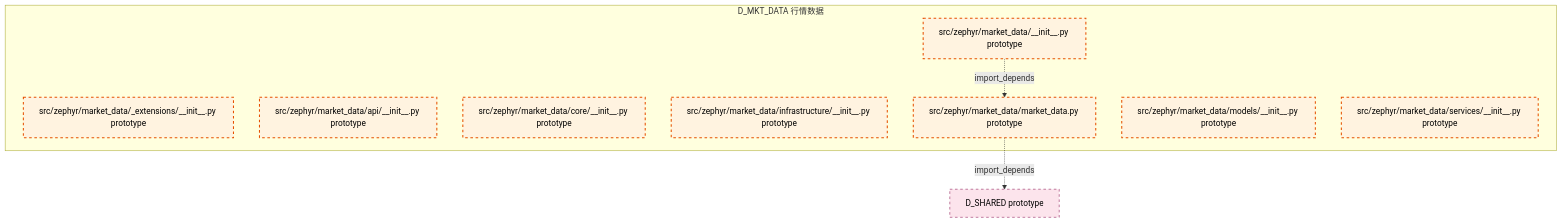
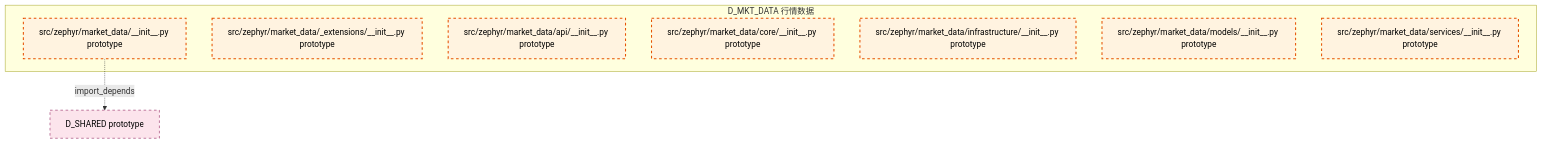
Before and after one commit to xuanFelixVan/ZephyrAlpha: the diagram in docs/02_enterprise_architecture/02_domain_architecture_docs/14_d_mkt_data.md, drawn with Mermaid. The commit also changed other lines of this file and 70 other files, not shown here.

````diff
--- a/docs/02_enterprise_architecture/02_domain_architecture_docs/14_d_mkt_data.md
+++ b/docs/02_enterprise_architecture/02_domain_architecture_docs/14_d_mkt_data.md
@@ -47,22 +47,20 @@
 ```mermaid
 graph TD
     subgraph D_MKT_DATA["D_MKT_DATA 行情数据"]
         src_zephyr_market_data_init_py["src/zephyr/market_data/__init__.py prototype"]
         src_zephyr_market_data_extensions_init_py["src/zephyr/market_data/_extensions/__init__.py prototype"]
         src_zephyr_market_data_api_init_py["src/zephyr/market_data/api/__init__.py prototype"]
         src_zephyr_market_data_core_init_py["src/zephyr/market_data/core/__init__.py prototype"]
         src_zephyr_market_data_infrastructure_init_py["src/zephyr/market_data/infrastructure/__init__.py prototype"]
-        src_zephyr_market_data_market_data_py["src/zephyr/market_data/market_data.py prototype"]
         src_zephyr_market_data_models_init_py["src/zephyr/market_data/models/__init__.py prototype"]
         src_zephyr_market_data_services_init_py["src/zephyr/market_data/services/__init__.py prototype"]
     end
-    src_zephyr_market_data_init_py -.->|import_depends| src_zephyr_market_data_market_data_py
     D_SHARED["D_SHARED prototype"]
-    src_zephyr_market_data_market_data_py -.->|import_depends| D_SHARED
+    src_zephyr_market_data_init_py -.->|import_depends| D_SHARED
     classDef production fill:#e1f5fe,stroke:#01579b,stroke-width:2px,color:#000
     classDef design fill:#fff3e0,stroke:#e65100,stroke-width:2px,color:#000,stroke-dasharray: 5 5
     classDef external_prod fill:#e8f5e9,stroke:#1b5e20,stroke-width:1px,color:#000
     classDef external_design fill:#fce4ec,stroke:#880e4f,stroke-width:1px,color:#000,stroke-dasharray: 5 5
-    class src_zephyr_market_data_init_py,src_zephyr_market_data_extensions_init_py,src_zephyr_market_data_api_init_py,src_zephyr_market_data_core_init_py,src_zephyr_market_data_infrastructure_init_py,src_zephyr_market_data_market_data_py,src_zephyr_market_data_models_init_py,src_zephyr_market_data_services_init_py design
+    class src_zephyr_market_data_init_py,src_zephyr_market_data_extensions_init_py,src_zephyr_market_data_api_init_py,src_zephyr_market_data_core_init_py,src_zephyr_market_data_infrastructure_init_py,src_zephyr_market_data_models_init_py,src_zephyr_market_data_services_init_py design
     class D_SHARED external_design
 ```
````
